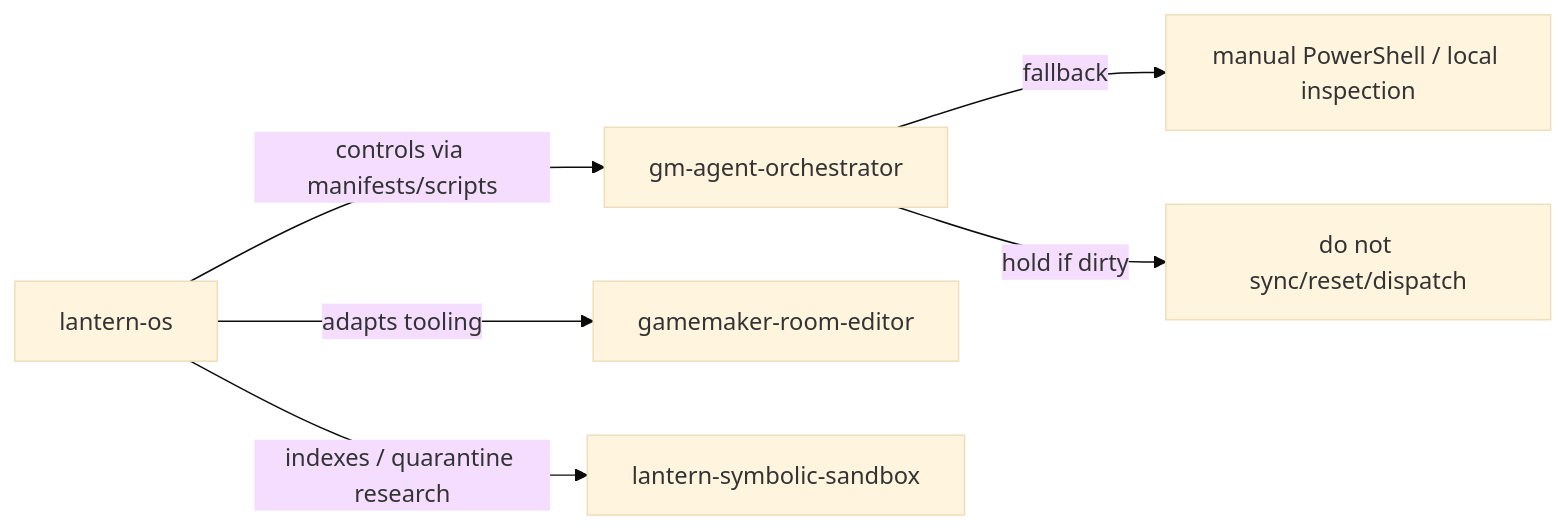
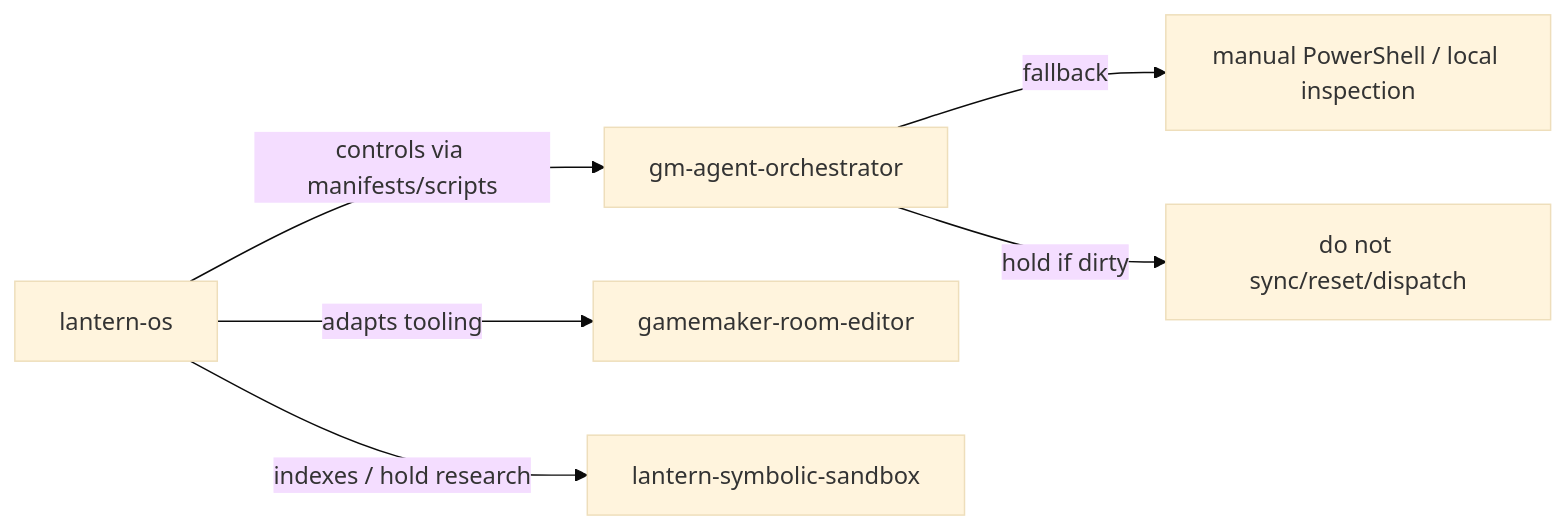
One commit to Mookman11/lantern-os changed the second of 6 diagrams in manifests/TOP-DOWN-DEPENDENCY-GRAPH.md. Above: the diagram before and after it, drawn with Mermaid (base theme). The commit also changed 3367 other files, not shown here.

````diff
--- a/manifests/TOP-DOWN-DEPENDENCY-GRAPH.md
+++ b/manifests/TOP-DOWN-DEPENDENCY-GRAPH.md
@@ -62,8 +62,8 @@
 ```mermaid
 graph LR
   L[lantern-os] -->|controls via manifests/scripts| O[gm-agent-orchestrator]
   L -->|adapts tooling| GMR[gamemaker-room-editor]
-  L -->|indexes / quarantine research| SYM[lantern-symbolic-sandbox]
+  L -->|indexes / hold research| SYM[lantern-symbolic-sandbox]
   O -->|fallback| MAN[manual PowerShell / local inspection]
   O -->|hold if dirty| HOLD[do not sync/reset/dispatch]
 ```
````
